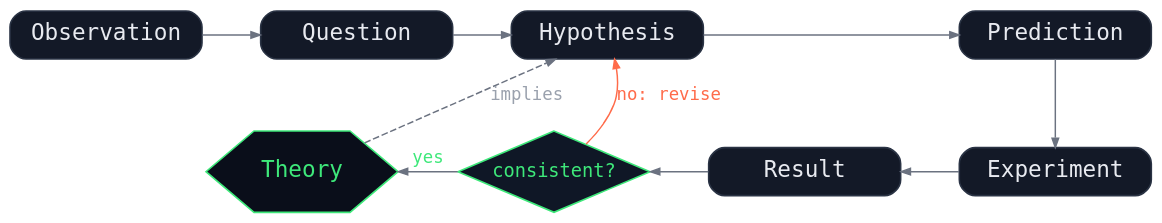
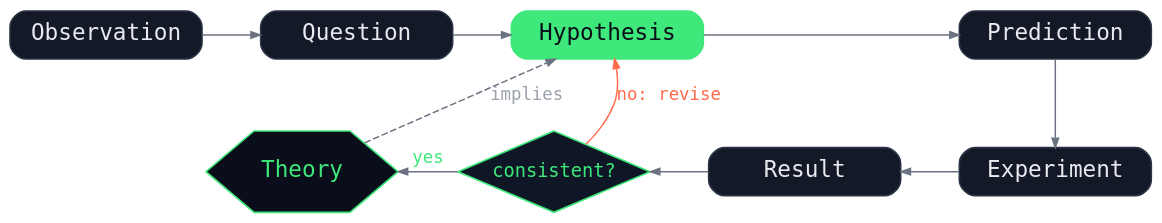
Before and after one commit to marketneutral/marketneutral.github.io: the diagram in src/posts/ai-scientist/scientific-method.dot, drawn with Graphviz. The commit also changed 7 other files, not shown here.

```diff
--- a/src/posts/ai-scientist/scientific-method.dot
+++ b/src/posts/ai-scientist/scientific-method.dot
@@ -1,50 +1,50 @@
 // Source for scientific-method.svg. Re-render with:
 //   dot -Tsvg scientific-method.dot -o scientific-method.svg
 // Two-row "carriage return" layout: the loop reads left to right on the top
 // row, drops to the second row and runs back to the left, then returns to the
 // hypothesis. Keeps the diagram close to square so the labels stay large.
 digraph science {
   rankdir=TB;
   bgcolor="transparent";
   pad=0.25;
   nodesep=0.30;
   ranksep=0.55;
   fontname="IBM Plex Mono, Menlo, DejaVu Sans Mono, monospace";
   node [shape=box, style="rounded,filled", fillcolor="#131927", color="#2a3344",
         fontcolor="#e8eaf0", fontname="IBM Plex Mono, Menlo, DejaVu Sans Mono, monospace",
         fontsize=17, margin="0.10,0.14", penwidth=1.2, width=2.0, fixedsize=true];
   edge [color="#6b7280", arrowsize=0.7, penwidth=1.1,
         fontname="IBM Plex Mono, Menlo, DejaVu Sans Mono, monospace",
         fontsize=13, fontcolor="#9aa1ad"];
 
   { rank=same; OBS; Q; H; P; }
   { rank=same; T; D; R; X; }
 
   // top row, left to right
   OBS -> Q [constraint=false];
   Q -> H [constraint=false];
   H -> P [constraint=false];
 
   // carriage return
   P -> X;
 
   // bottom row, right to left
   X -> R [constraint=false];
   R -> D [constraint=false];
   D -> T [constraint=false, label="yes", fontcolor="#3ee87a"];
 
   // feedback
   T -> H [style=dashed, label="implies", constraint=false, fontcolor="#9aa1ad"];
   D -> H [label="no: revise", constraint=false, color="#ff6b4a", fontcolor="#ff6b4a"];
 
   OBS [label="Observation"];
   Q   [label="Question"];
-  H   [label="Hypothesis"];
+  H   [label="Hypothesis", fillcolor="#3ee87a", color="#3ee87a", fontcolor="#0a0e1a"];
   P   [label="Prediction"];
   X   [label="Experiment"];
   R   [label="Result"];
   D   [shape=diamond, style="filled", fillcolor="#0f1726", color="#3ee87a",
        fontcolor="#3ee87a", label="consistent?", margin="0.04,0.02", fontsize=14, width=2.0, height=0.85, fixedsize=true];
   T   [label="Theory", shape=hexagon, style="filled", fillcolor="#0a0e1a",
        color="#3ee87a", fontcolor="#3ee87a", margin="0.04,0.02", width=2.0, height=0.85, fixedsize=true];
 }
```
